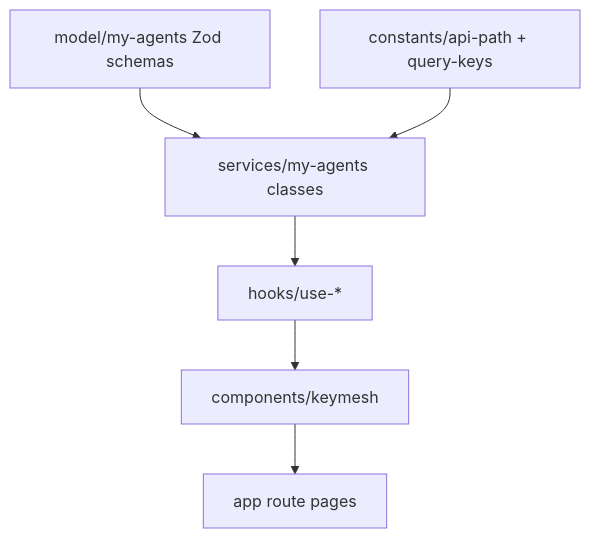
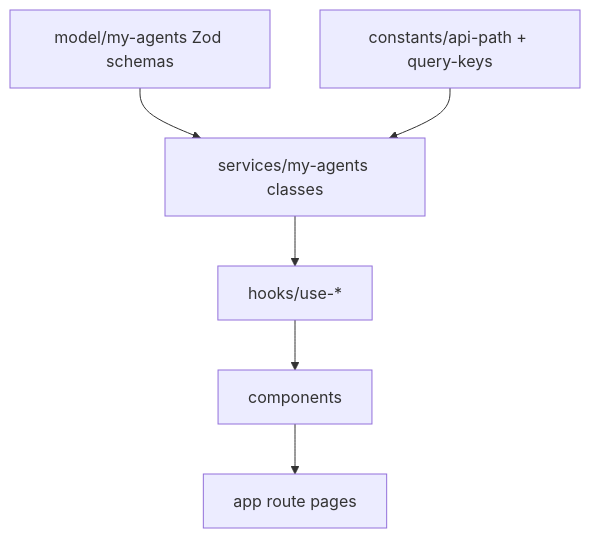
The second of 2 diagrams in docs/frontend-architecture.md (heecheon92/my-agents-frontend), drawn with Mermaid before and after one commit. The commit also changed other lines of this file and 52 other files, not shown here.

````diff
--- a/docs/frontend-architecture.md
+++ b/docs/frontend-architecture.md
@@ -54,8 +55,8 @@
 ```mermaid
 flowchart TD
     Model[model/my-agents Zod schemas] --> Services[services/my-agents classes]
     Constants[constants/api-path + query-keys] --> Services
     Services --> Hooks[hooks/use-*]
-    Hooks --> Components[components/keymesh]
+    Hooks --> Components[components]
     Components --> Pages[app route pages]
 ```
````
